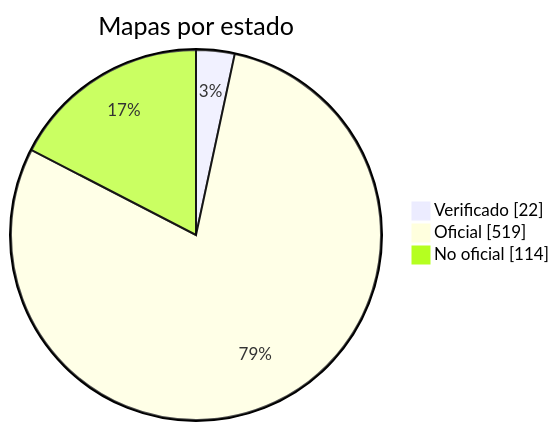
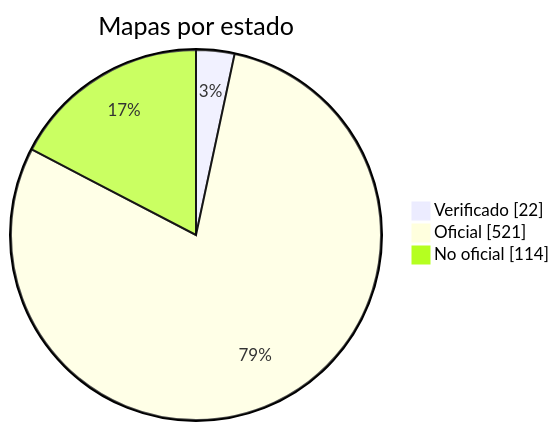
The diagram in docs/readme/README_ES.md (nobrega8/mbmap-library), drawn with Mermaid before and after one commit. The commit also changed 7 other files, not shown here.

````diff
--- a/docs/readme/README_ES.md
+++ b/docs/readme/README_ES.md
@@ -54,7 +54,7 @@
 ```mermaid
 pie showData
     title Mapas por estado
     "Verificado" : 22
-    "Oficial" : 519
+    "Oficial" : 521
     "No oficial" : 114
 ```
````
